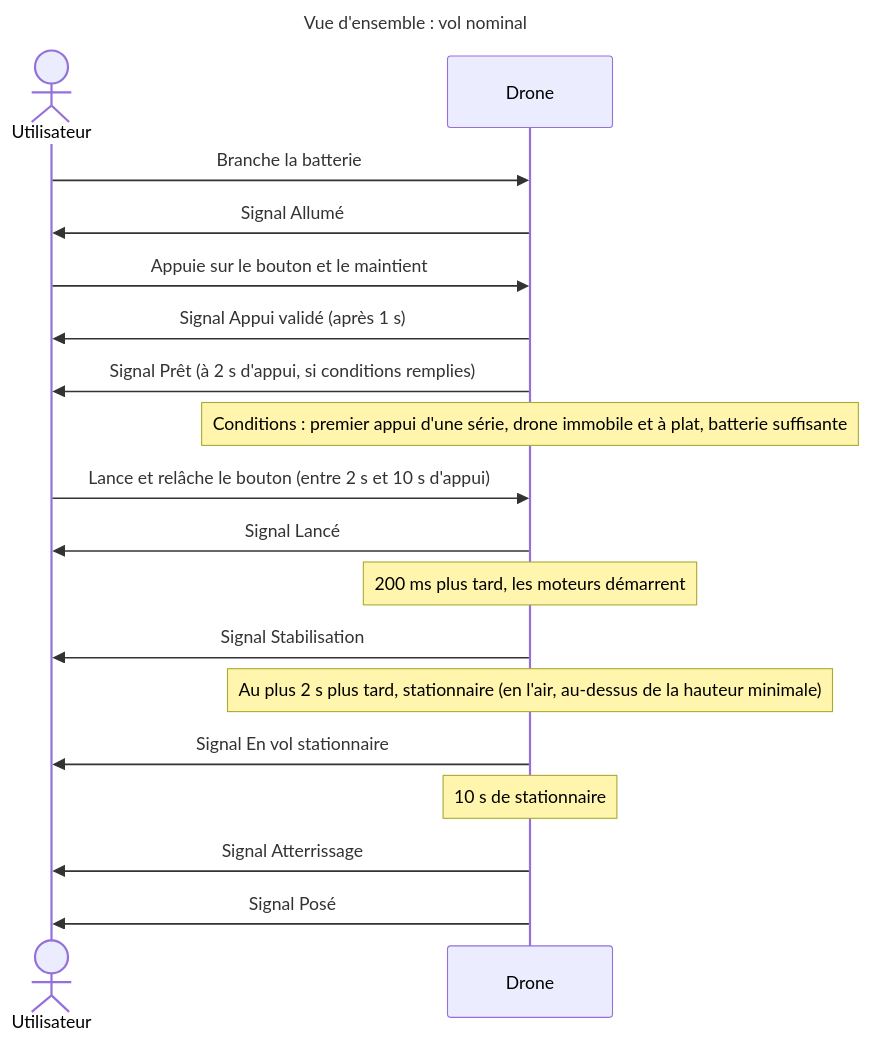
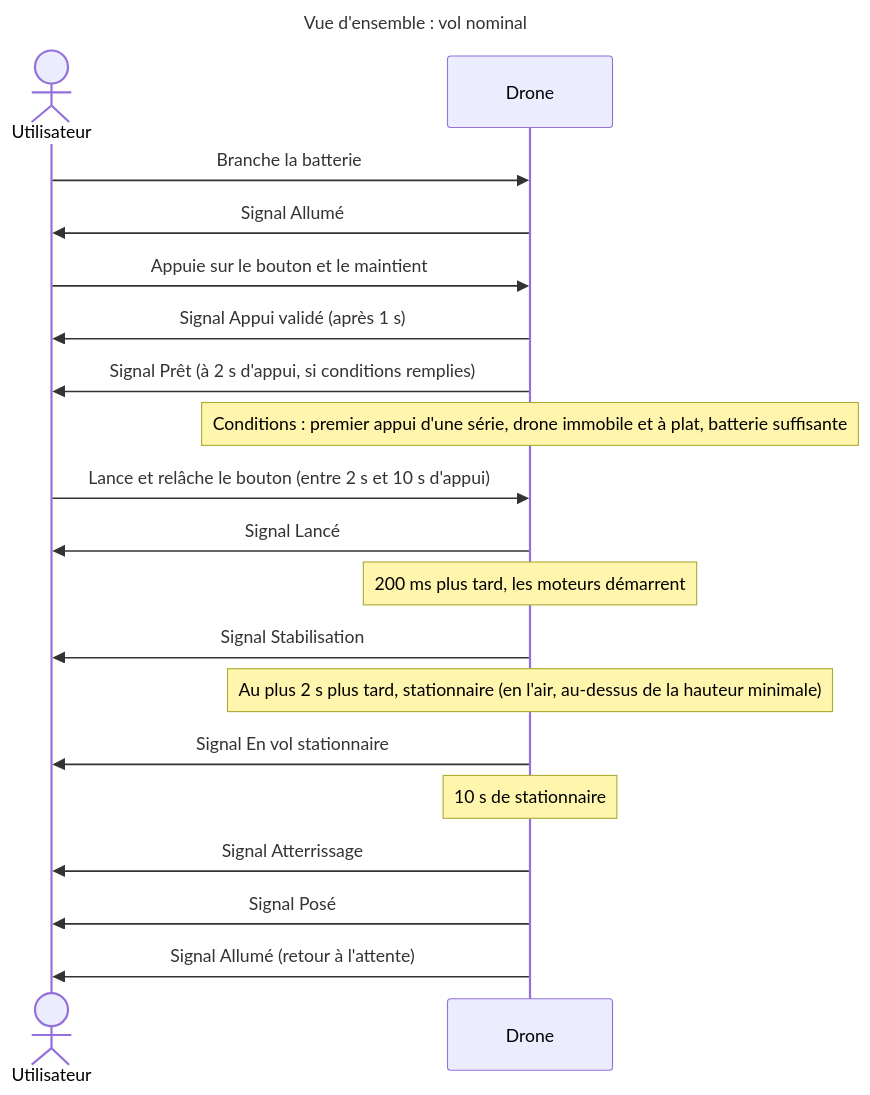
The first of 16 diagrams in projets/boomrone/00-scenarios.md (thourymatthieu-png/coworker_archi_system), drawn with Mermaid before and after one commit. The commit also changed other lines of this file and 7 other files, not shown here.

````diff
--- a/projets/boomrone/00-scenarios.md
+++ b/projets/boomrone/00-scenarios.md
@@ -11,23 +11,24 @@
 ```mermaid
 ---
 title: "Vue d'ensemble : vol nominal"
 ---
 sequenceDiagram
     actor U as Utilisateur
     participant D as Drone
     U->>D: Branche la batterie
     D->>U: Signal Allumé
     U->>D: Appuie sur le bouton et le maintient
     D->>U: Signal Appui validé (après 1 s)
     D->>U: Signal Prêt (à 2 s d'appui, si conditions remplies)
     Note over D: Conditions : premier appui d'une série, drone immobile et à plat, batterie suffisante
     U->>D: Lance et relâche le bouton (entre 2 s et 10 s d'appui)
     D->>U: Signal Lancé
     Note over D: 200 ms plus tard, les moteurs démarrent
     D->>U: Signal Stabilisation
     Note over D: Au plus 2 s plus tard, stationnaire (en l'air, au-dessus de la hauteur minimale)
     D->>U: Signal En vol stationnaire
     Note over D: 10 s de stationnaire
     D->>U: Signal Atterrissage
     D->>U: Signal Posé
+    D->>U: Signal Allumé (retour à l'attente)
 ```
````
